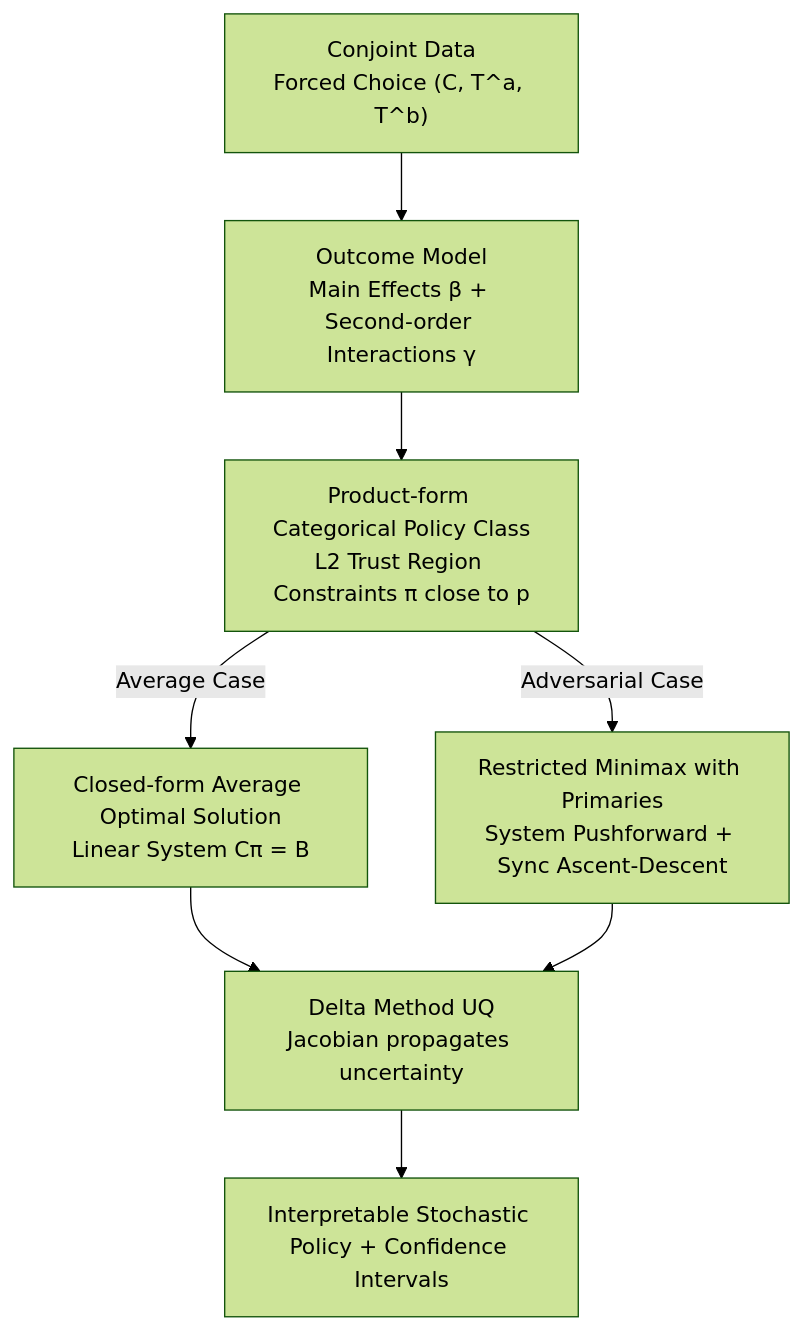
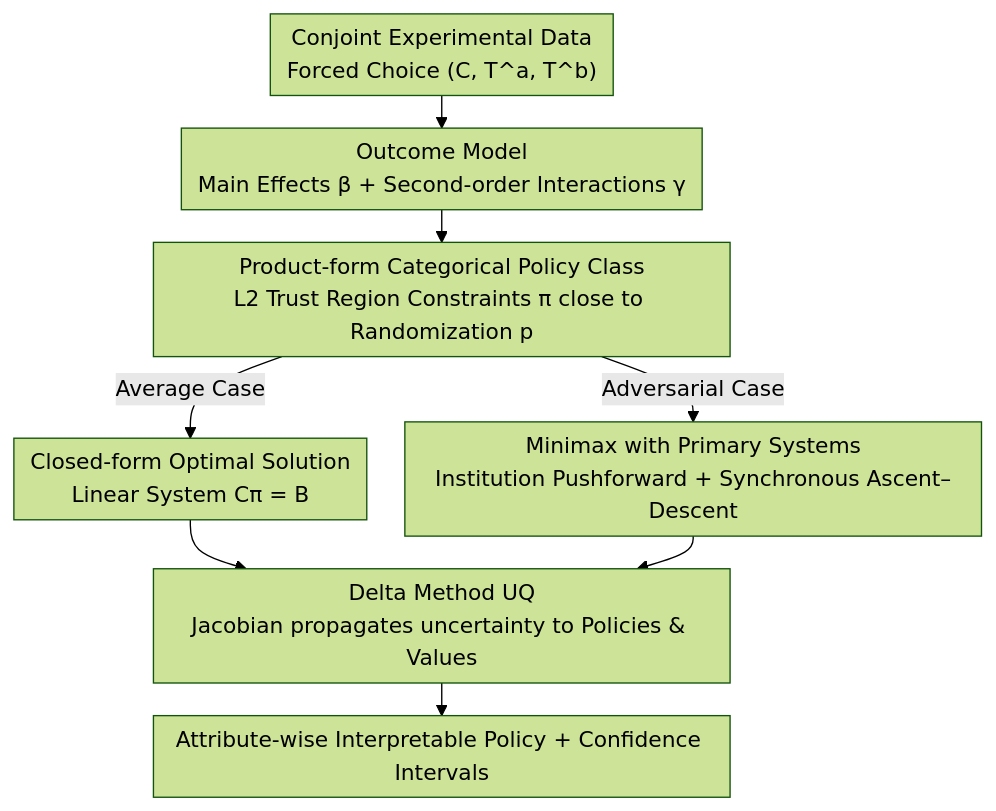
One commit to zhaoyang97/Paper-Notes-en changed the diagram in docs/ICML2026/interpretability/minimax_learning_of_interpretable_factored_stochastic_policies_from_conjoint_dat.md. Above: the diagram before and after it, drawn with Mermaid (forest theme). The commit also changed other lines of this file and 5084 other files, not shown here.

````diff
--- a/docs/ICML2026/interpretability/minimax_learning_of_interpretable_factored_stochastic_policies_from_conjoint_dat.md
+++ b/docs/ICML2026/interpretability/minimax_learning_of_interpretable_factored_stochastic_policies_from_conjoint_dat.md
@@ -47,10 +47,11 @@
 ```mermaid
+%%{init: {'flowchart': {'rankSpacing': 24, 'nodeSpacing': 28, 'padding': 6, 'wrappingWidth': 400}}}%%
 flowchart TD
-    A["Conjoint Data<br/>Forced Choice (C, T^a, T^b)"] --> B["Outcome Model<br/>Main Effects β + Second-order Interactions γ"]
-    B --> C["Product-form Categorical Policy Class<br/>L2 Trust Region Constraints π close to p"]
-    C -->|Average Case| D["Closed-form Average Optimal Solution<br/>Linear System Cπ = B"]
-    C -->|Adversarial Case| E["Restricted Minimax with Primaries<br/>System Pushforward + Sync Ascent-Descent"]
-    D --> F["Delta Method UQ<br/>Jacobian propagates uncertainty"]
+    A["Conjoint Experimental Data<br/>Forced Choice (C, T^a, T^b)"] --> B["Outcome Model<br/>Main Effects β + Second-order Interactions γ"]
+    B --> C["Product-form Categorical Policy Class<br/>L2 Trust Region Constraints π close to Randomization p"]
+    C -->|Average Case| D["Closed-form Optimal Solution<br/>Linear System Cπ = B"]
+    C -->|Adversarial Case| E["Minimax with Primary Systems<br/>Institution Pushforward + Synchronous Ascent–Descent"]
+    D --> F["Delta Method UQ<br/>Jacobian propagates uncertainty to Policies & Values"]
     E --> F
-    F --> G["Interpretable Stochastic Policy + Confidence Intervals"]
+    F --> G["Attribute-wise Interpretable Policy + Confidence Intervals"]
 ```
````
